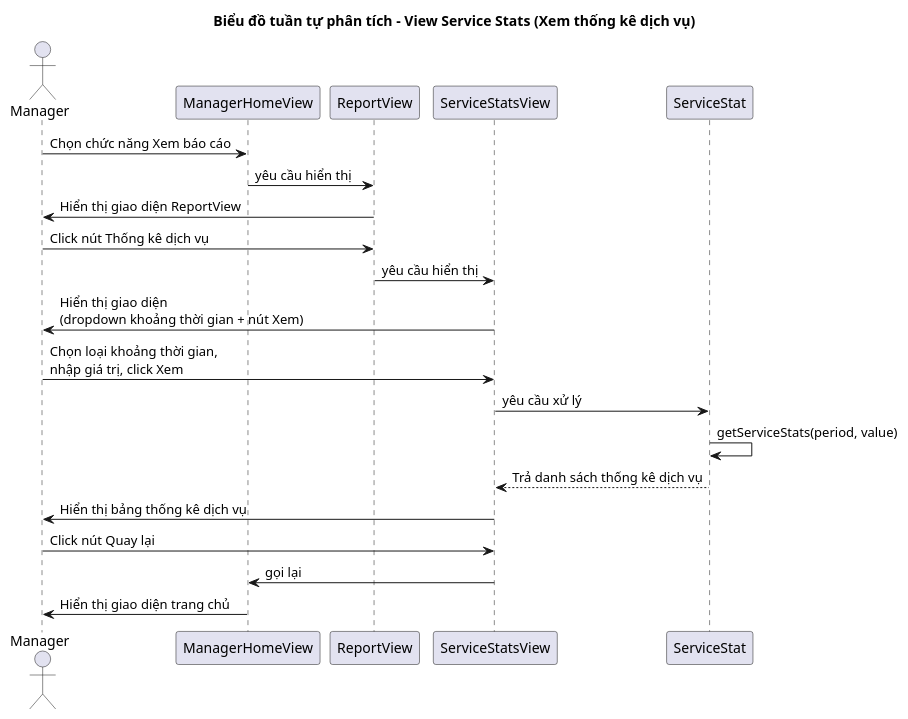
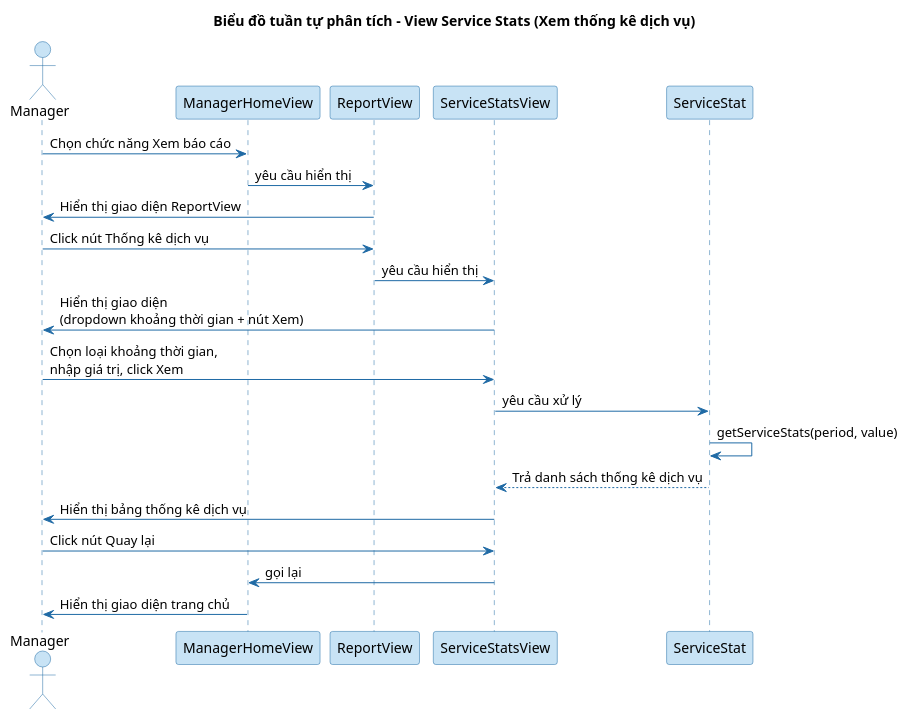
Before and after one commit to Dungnong/cnpm: the diagram in diagrams/08_seq_service_stats_phan_tich.puml, drawn with PlantUML. The commit also changed 10 other files, not shown here.

First line of the commit message:
style: apply blue theme and straight lines to all 11 PlantUML diagrams

```diff
--- a/diagrams/08_seq_service_stats_phan_tich.puml
+++ b/diagrams/08_seq_service_stats_phan_tich.puml
@@ -1,28 +1,44 @@
 @startuml Sequence_Service_Stats_Phan_Tich
 title Biểu đồ tuần tự phân tích - View Service Stats (Xem thống kê dịch vụ)
+skinparam defaultFontName Arial
+skinparam backgroundColor White
+skinparam sequenceArrowThickness 1
+skinparam sequenceArrowColor #1F6AA5
+skinparam sequenceLifeLineBorderColor #1F6AA5
+skinparam sequenceLifeLineBackgroundColor #E8F4FD
+skinparam participant {
+    BackgroundColor #C8E3F5
+    BorderColor #1F6AA5
+    FontColor Black
+}
+skinparam actor {
+    BackgroundColor #C8E3F5
+    BorderColor #1F6AA5
+    FontColor Black
+}
 
 actor "Manager" as Manager
 participant "ManagerHomeView" as HomeView
 participant "ReportView" as ReportView
 participant "ServiceStatsView" as ServiceView
 participant "ServiceStat" as ServiceStat
 
 Manager -> HomeView : Chọn chức năng Xem báo cáo
 HomeView -> ReportView : yêu cầu hiển thị
 ReportView -> Manager : Hiển thị giao diện ReportView
 
 Manager -> ReportView : Click nút Thống kê dịch vụ
 ReportView -> ServiceView : yêu cầu hiển thị
 ServiceView -> Manager : Hiển thị giao diện\n(dropdown khoảng thời gian + nút Xem)
 
 Manager -> ServiceView : Chọn loại khoảng thời gian,\nnhập giá trị, click Xem
 ServiceView -> ServiceStat : yêu cầu xử lý
 ServiceStat -> ServiceStat : getServiceStats(period, value)
 ServiceStat --> ServiceView : Trả danh sách thống kê dịch vụ
 ServiceView -> Manager : Hiển thị bảng thống kê dịch vụ
 
 Manager -> ServiceView : Click nút Quay lại
 ServiceView -> HomeView : gọi lại
 HomeView -> Manager : Hiển thị giao diện trang chủ
 
 @enduml
```
